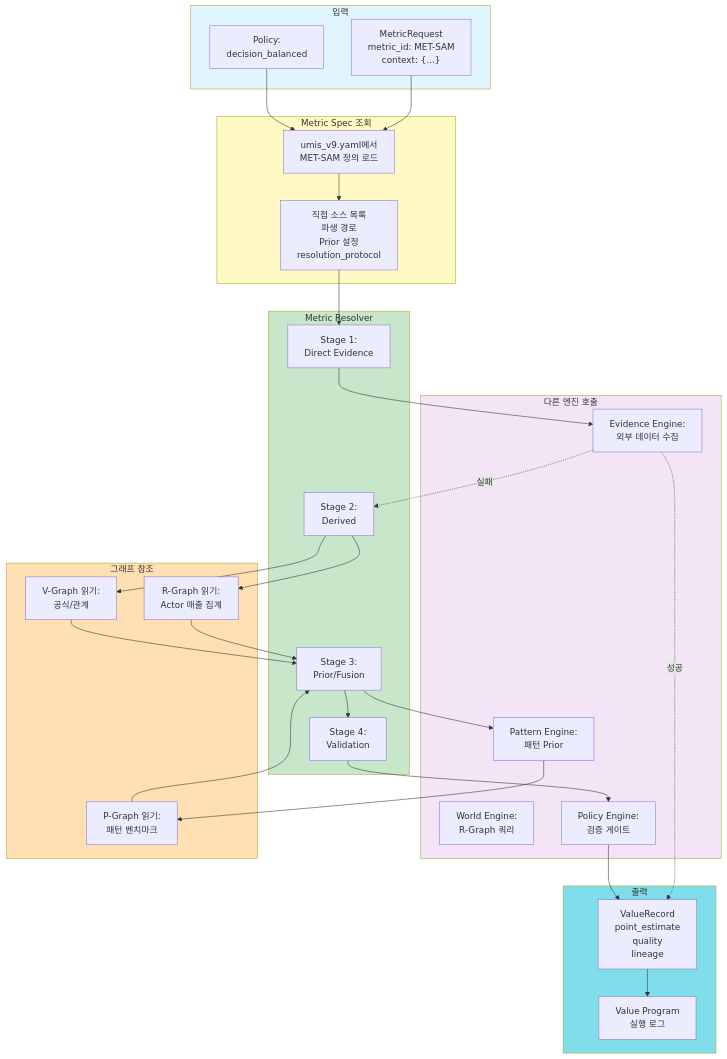
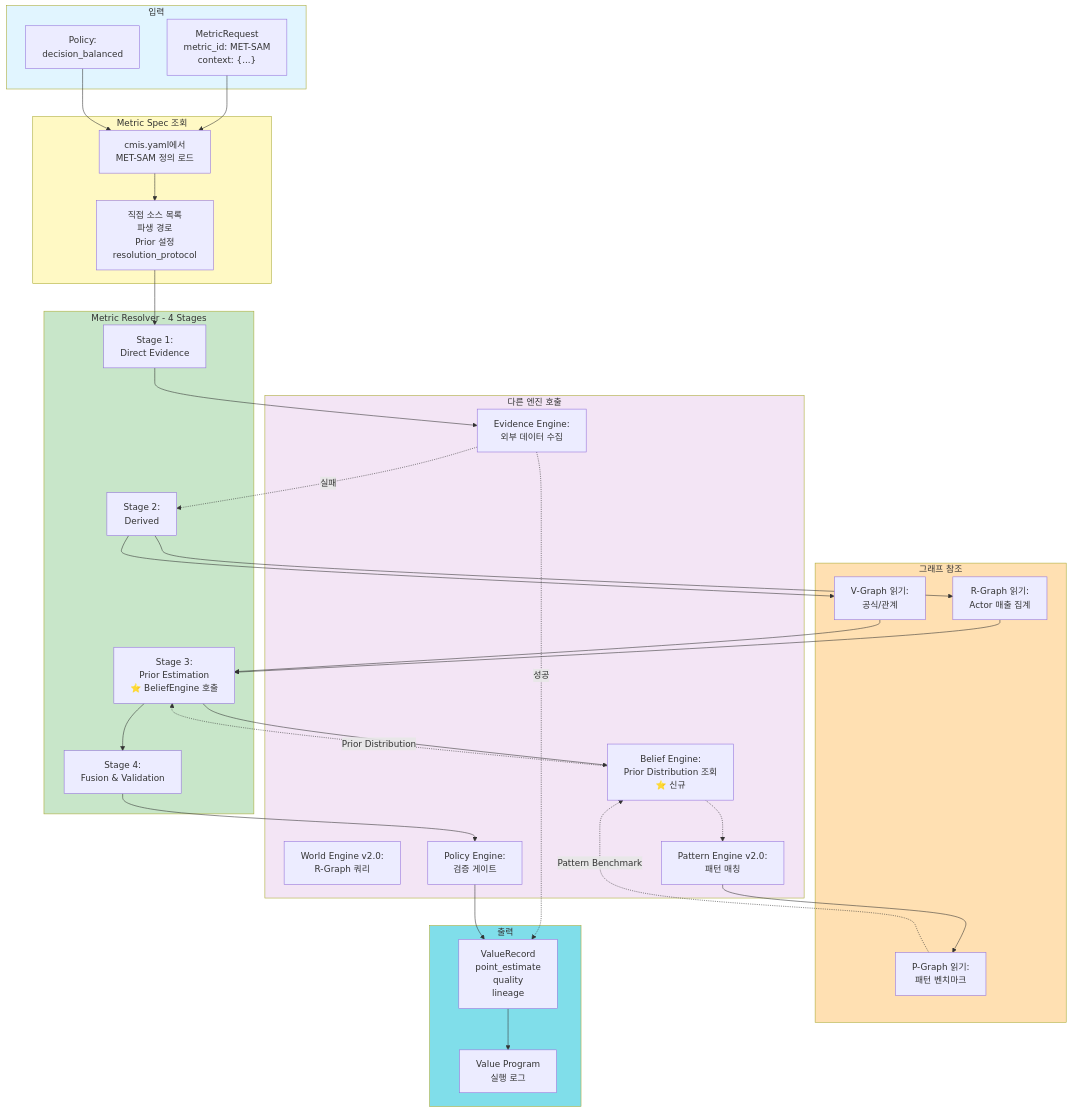
Before and after one commit to kangminlee-maker/cmis-v2: the tenth of 15 diagrams in dev/docs/implementation/CMIS_Structure_Analysis_Diagrams.md, drawn with Mermaid. The commit also changed other lines of this file and 154 other files, not shown here.

First line of the commit message:
feat: BeliefEngine v1.0 완성 - CMIS 100% 달성

```diff
--- a/dev/docs/implementation/CMIS_Structure_Analysis_Diagrams.md
+++ b/dev/docs/implementation/CMIS_Structure_Analysis_Diagrams.md
@@ -679,7 +701,7 @@
     end
     
     subgraph SPEC[Metric Spec 조회]
-        SPEC_LOAD["umis_v9.yaml에서
+        SPEC_LOAD["cmis.yaml에서
         MET-SAM 정의 로드"]
         SPEC_DATA["직접 소스 목록
         파생 경로
@@ -687,24 +709,26 @@
         resolution_protocol"]
     end
     
-    subgraph RESOLVER[Metric Resolver]
+    subgraph RESOLVER[Metric Resolver - 4 Stages]
         STAGE1["Stage 1:
         Direct Evidence"]
         STAGE2["Stage 2:
         Derived"]
         STAGE3["Stage 3:
-        Prior/Fusion"]
+        Prior Estimation<br/>⭐ BeliefEngine 호출"]
         STAGE4["Stage 4:
-        Validation"]
+        Fusion & Validation"]
     end
     
     subgraph ENGINES[다른 엔진 호출]
         EE_CALL["Evidence Engine:
         외부 데이터 수집"]
-        WE_CALL["World Engine:
+        WE_CALL["World Engine v2.0:
         R-Graph 쿼리"]
-        PE_CALL["Pattern Engine:
-        패턴 Prior"]
+        PE_CALL["Pattern Engine v2.0:
+        패턴 매칭"]
+        BE_CALL["Belief Engine:
+        Prior Distribution 조회<br/>⭐ 신규"]
         POL_CALL["Policy Engine:
         검증 게이트"]
     end
@@ -742,9 +766,11 @@
     RG_READ --> STAGE3
     VG_READ --> STAGE3
     
-    STAGE3 --> PE_CALL
+    STAGE3 --> BE_CALL
+    BE_CALL -.-> PE_CALL
     PE_CALL --> PG_READ
-    PG_READ --> STAGE3
+    PG_READ -.Pattern Benchmark.-> BE_CALL
+    BE_CALL -.Prior Distribution.-> STAGE3
     
     STAGE3 --> STAGE4
     STAGE4 --> POL_CALL
```
